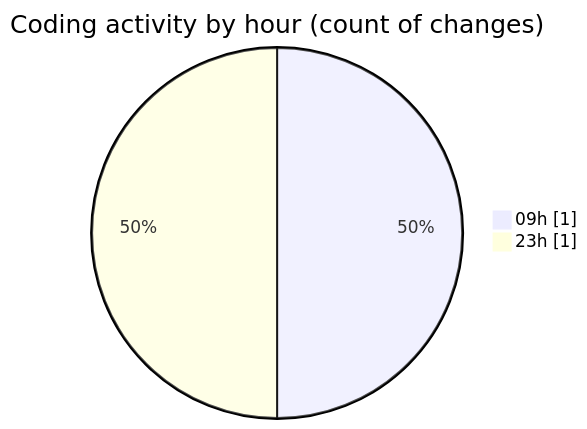
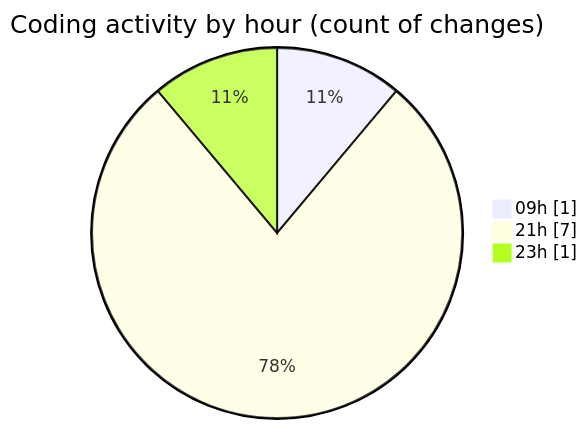
Before and after one commit to MatusMokan/code-tracking: the second of 2 diagrams in 2025-02-19/myws__workspace_/README.md, drawn with Mermaid. The commit also changed other lines of this file and 1 other file, not shown here.

````diff
--- a/2025-02-19/myws__workspace_/README.md
+++ b/2025-02-19/myws__workspace_/README.md
@@ -29,6 +33,7 @@
 ```mermaid
 pie showData
 title Coding activity by hour (count of changes)
 "09h" : 1
+"21h" : 7
 "23h" : 1
 ```
````
